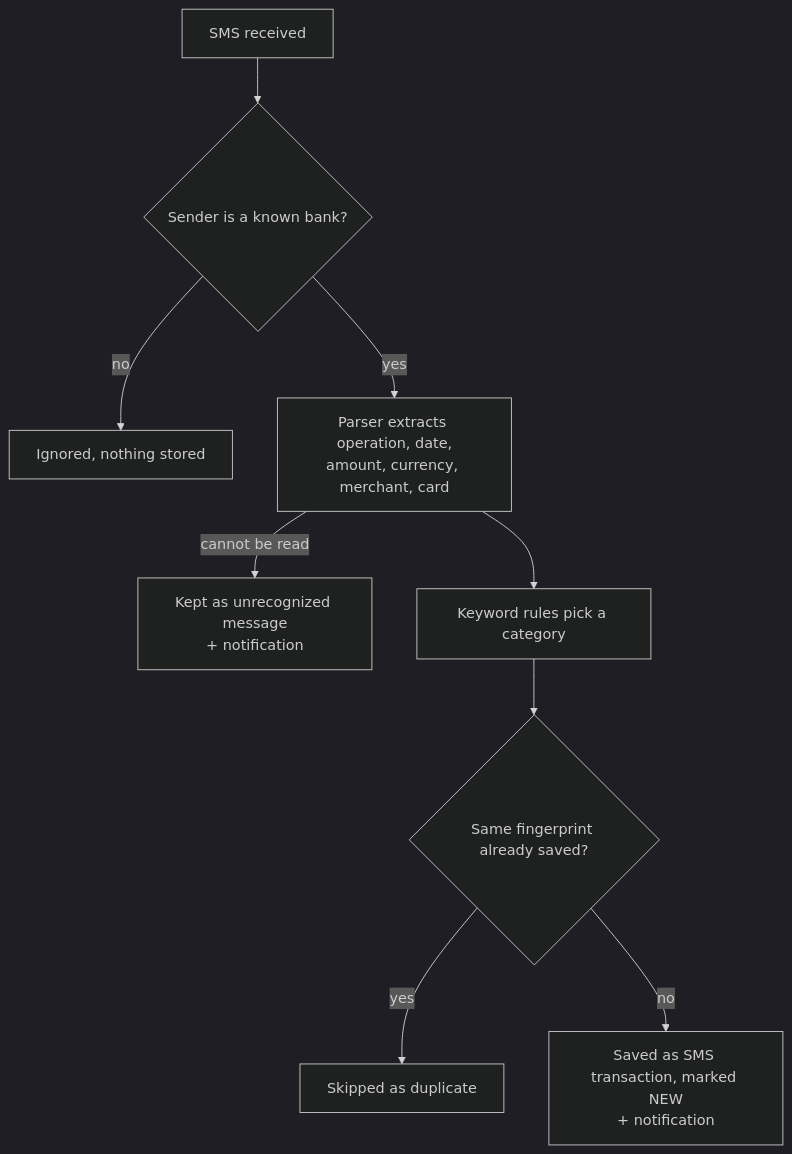
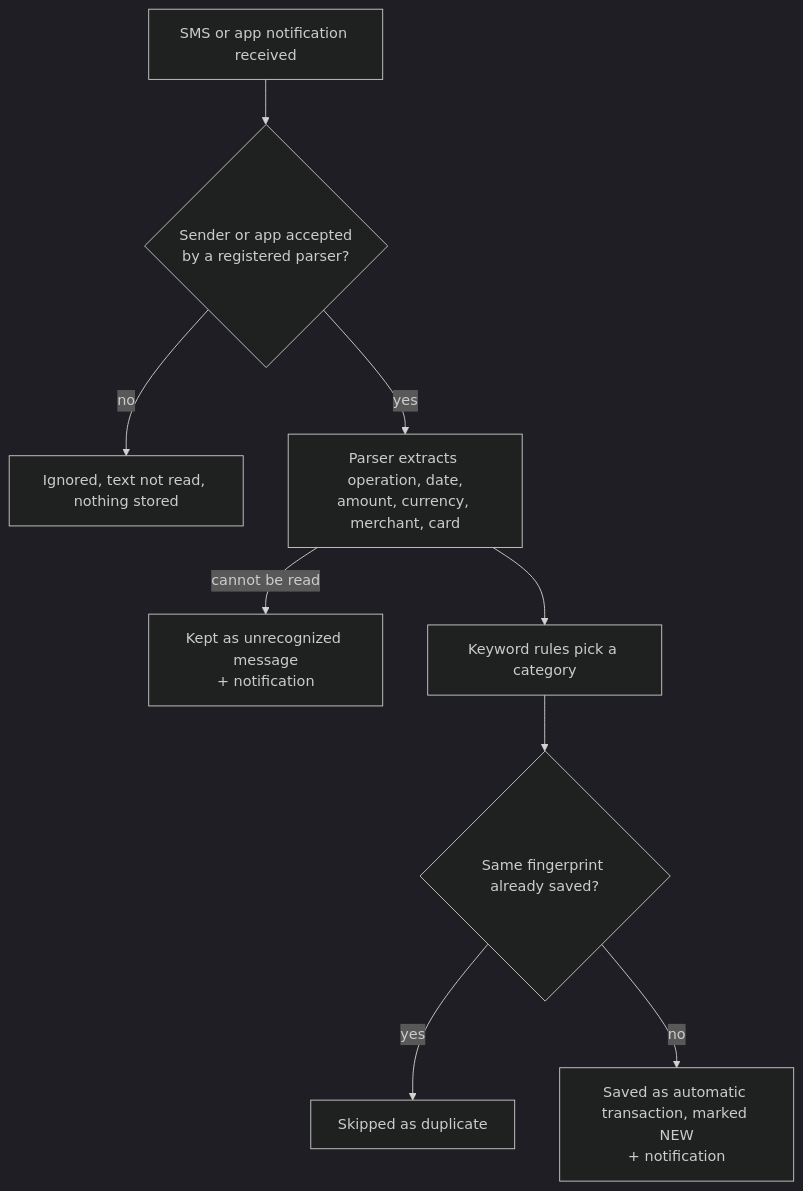
One commit to Schnapsi93/SpendingTracker changed the second of 2 diagrams in README.md. Above: the diagram before and after it, drawn with Mermaid (dark theme). The commit also changed other lines of this file and 3 other files, not shown here.

````diff
--- a/README.md
+++ b/README.md
@@ -279,11 +296,11 @@
 ```mermaid
 flowchart TD
-    A[SMS received] --> B{Sender is a known bank?}
-    B -- no --> X[Ignored, nothing stored]
+    A[SMS or app notification received] --> B{Sender or app accepted<br/>by a registered parser?}
+    B -- no --> X[Ignored, text not read, nothing stored]
     B -- yes --> C[Parser extracts operation, date,<br/>amount, currency, merchant, card]
     C -- cannot be read --> U[Kept as unrecognized message<br/>+ notification]
     C --> D[Keyword rules pick a category]
     D --> E{Same fingerprint already saved?}
     E -- yes --> F[Skipped as duplicate]
-    E -- no --> G[Saved as SMS transaction, marked NEW<br/>+ notification]
+    E -- no --> G[Saved as automatic transaction, marked NEW<br/>+ notification]
 ```
````
